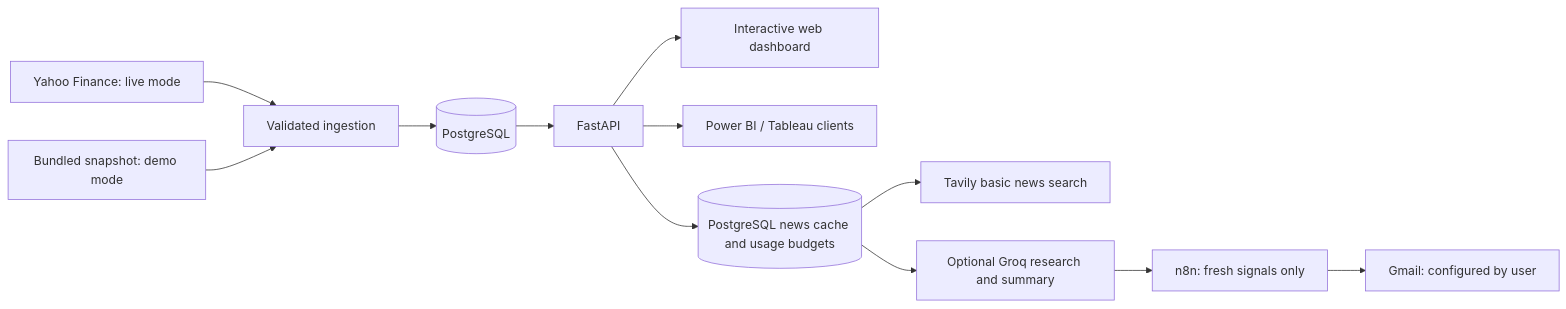
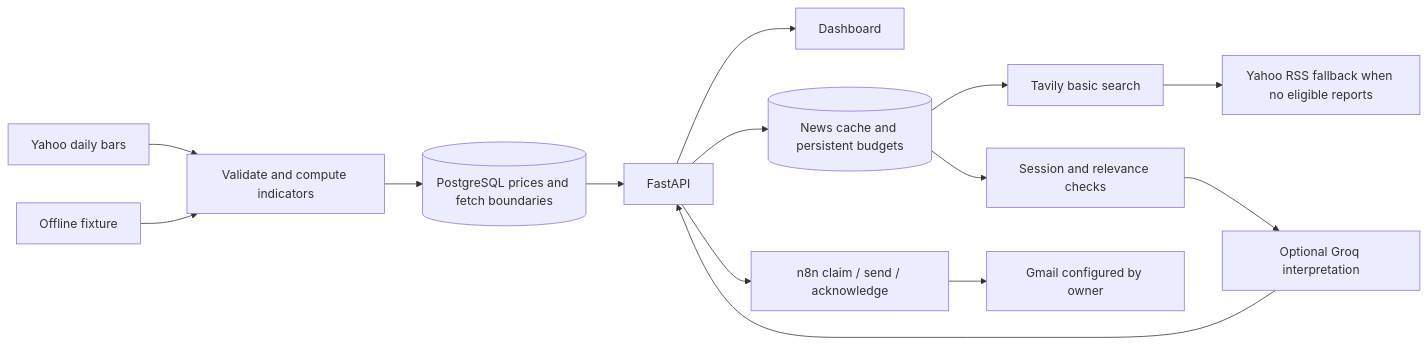
The diagram in README.MD (nthuang/ai-stock-intelligence-platform), drawn with Mermaid before and after one commit. The commit also changed other lines of this file and 35 other files, not shown here.

````diff
--- a/README.MD
+++ b/README.MD
@@ -32,14 +28,16 @@
 ```mermaid
 flowchart LR
-    Y[Yahoo Finance: live mode] --> I[Validated ingestion]
-    D[Bundled snapshot: demo mode] --> I
-    I --> P[(PostgreSQL)]
-    P --> A[FastAPI]
-    A --> W[Interactive web dashboard]
-    A --> B[Power BI / Tableau clients]
-    A --> C[(PostgreSQL news cache and usage budgets)]
-    C --> T[Tavily basic news search]
-    C --> L[Optional Groq research and summary]
-    L --> N[n8n: fresh signals only]
-    N --> E[Gmail: configured by user]
+    Yahoo[Yahoo daily bars] --> Ingest[Validate and compute indicators]
+    CSV[Offline fixture] --> Ingest
+    Ingest --> DB[(PostgreSQL prices and fetch boundaries)]
+    DB --> API[FastAPI]
+    API --> Dashboard[Dashboard]
+    API --> Cache[(News cache and persistent budgets)]
+    Cache --> Tavily[Tavily basic search]
+    Tavily --> RSS[Yahoo RSS fallback when no eligible reports]
+    Cache --> Filter[Session and relevance checks]
+    Filter --> Groq[Optional Groq interpretation]
+    Groq --> API
+    API --> Workflow[n8n claim / send / acknowledge]
+    Workflow --> Gmail[Gmail configured by owner]
 ```
````
